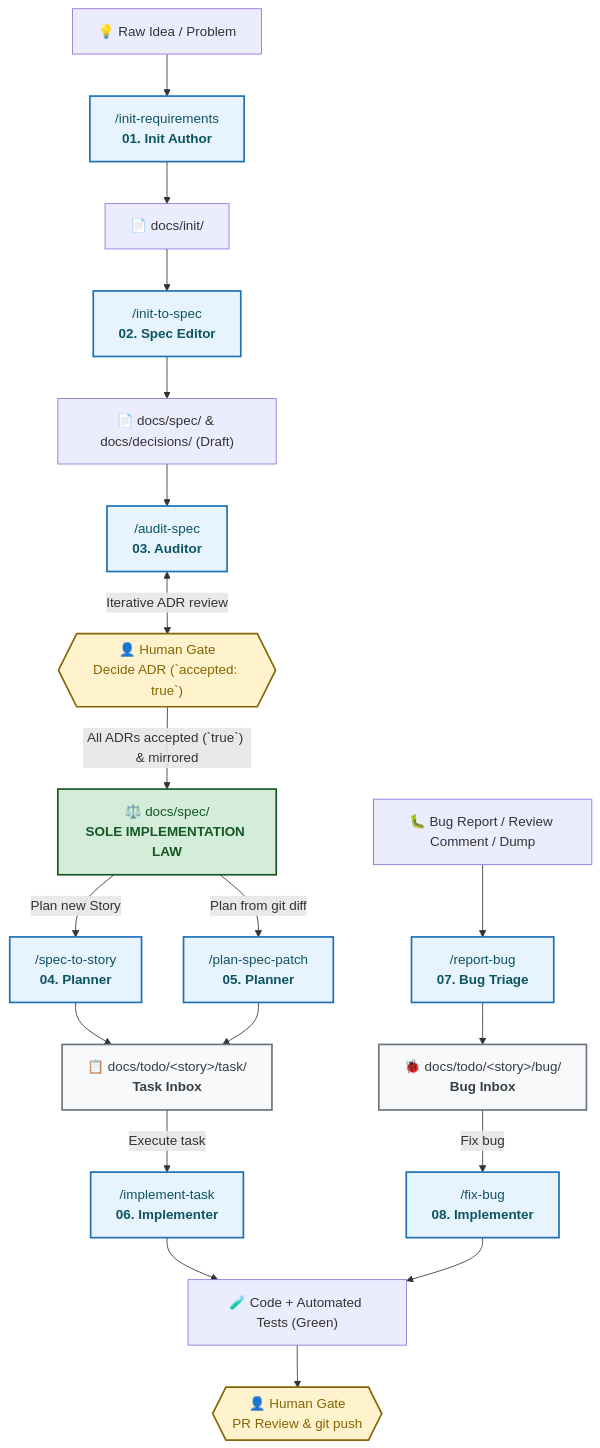
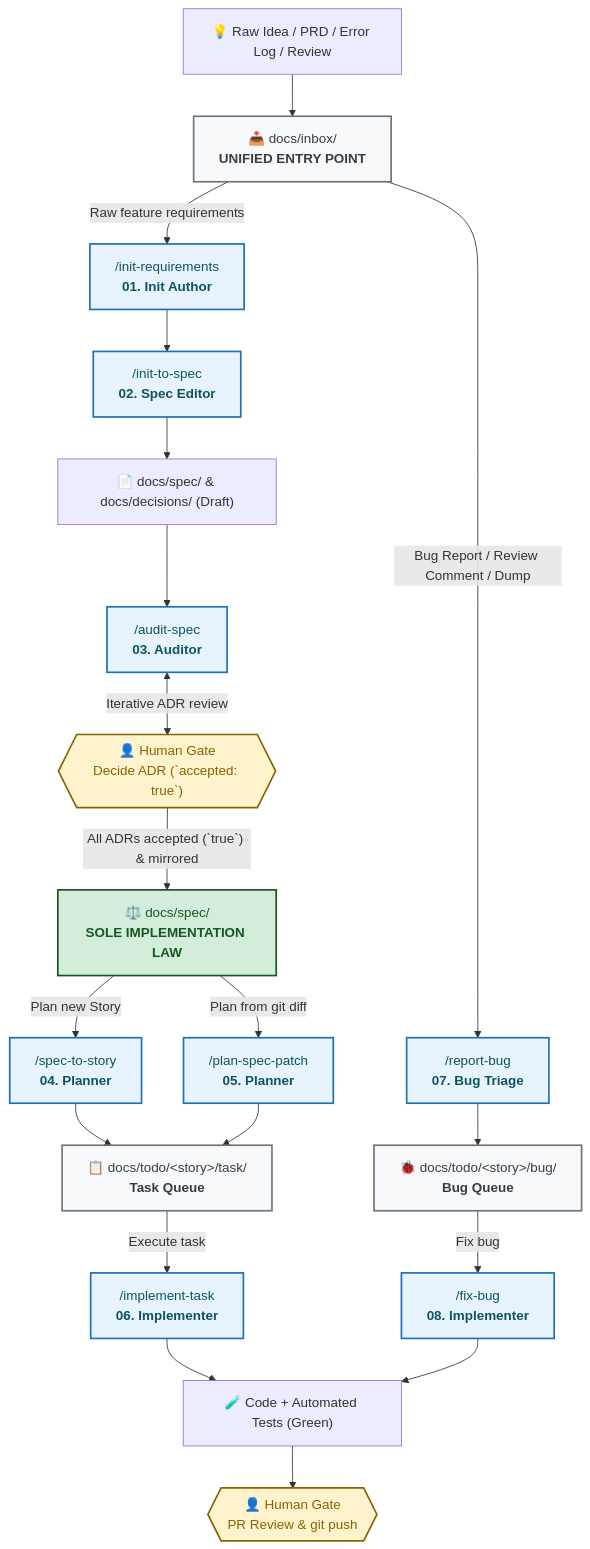
Before and after one commit to gste/deltafuse: the diagram in README.md, drawn with Mermaid. The commit also changed other lines of this file and 18 other files, not shown here.

Commit message:
refactor: unify raw external inputs into single docs/inbox/ entry point

````diff
--- a/README.md
+++ b/README.md
@@ -15,35 +15,35 @@
 ```mermaid
 flowchart TD
     classDef human fill:#fff3cd,stroke:#856404,stroke-width:2px,color:#856404;
     classDef skill fill:#e8f4fd,stroke:#1d70b8,stroke-width:2px,color:#0c5460;
     classDef law fill:#d4edda,stroke:#155724,stroke-width:2px,color:#155724;
     classDef inbox fill:#f8f9fa,stroke:#6c757d,stroke-width:2px,color:#383d41;
 
-    Raw["💡 Raw Idea / Problem"] --> S1["/init-requirements<br><b>01. Init Author</b>"]:::skill
-    S1 --> InitDoc["📄 docs/init/"]
+    Raw["💡 Raw Idea / PRD / Error Log / Review"] --> Inbox["📥 docs/inbox/<br><b>UNIFIED ENTRY POINT</b>"]:::inbox
 
-    InitDoc --> S2["/init-to-spec<br><b>02. Spec Editor</b>"]:::skill
+    Inbox -->|"Raw feature requirements"| S1["/init-requirements<br><b>01. Init Author</b>"]:::skill
+    S1 --> S2["/init-to-spec<br><b>02. Spec Editor</b>"]:::skill
     S2 --> SpecDraft["📄 docs/spec/ & docs/decisions/ (Draft)"]
 
     SpecDraft --> S3["/audit-spec<br><b>03. Auditor</b>"]:::skill
     S3 <-->|"Iterative ADR review"| Gate1{{"👤 Human Gate<br>Decide ADR (`accepted: true`)"}}:::human
 
     Gate1 -->|"All ADRs accepted (`true`) & mirrored"| SpecLaw["⚖️ docs/spec/<br><b>SOLE IMPLEMENTATION LAW</b>"]:::law
 
     SpecLaw -->|"Plan new Story"| S4["/spec-to-story<br><b>04. Planner</b>"]:::skill
     SpecLaw -->|"Plan from git diff"| S5["/plan-spec-patch<br><b>05. Planner</b>"]:::skill
 
-    RawBug["🐛 Bug Report / Review Comment / Dump"] --> S7["/report-bug<br><b>07. Bug Triage</b>"]:::skill
+    Inbox -->|"Bug Report / Review Comment / Dump"| S7["/report-bug<br><b>07. Bug Triage</b>"]:::skill
 
-    S4 --> TaskInbox["📋 docs/todo/&lt;story&gt;/task/<br><b>Task Inbox</b>"]:::inbox
+    S4 --> TaskInbox["📋 docs/todo/&lt;story&gt;/task/<br><b>Task Queue</b>"]:::inbox
     S5 --> TaskInbox
-    S7 --> BugInbox["🐞 docs/todo/&lt;story&gt;/bug/<br><b>Bug Inbox</b>"]:::inbox
+    S7 --> BugInbox["🐞 docs/todo/&lt;story&gt;/bug/<br><b>Bug Queue</b>"]:::inbox
 
     TaskInbox -->|"Execute task"| S6["/implement-task<br><b>06. Implementer</b>"]:::skill
     BugInbox -->|"Fix bug"| S8["/fix-bug<br><b>08. Implementer</b>"]:::skill
 
     S6 --> Code["🧪 Code + Automated Tests (Green)"]
     S8 --> Code
 
     Code --> Gate2{{"👤 Human Gate<br>PR Review & git push"}}:::human
 ```
````
